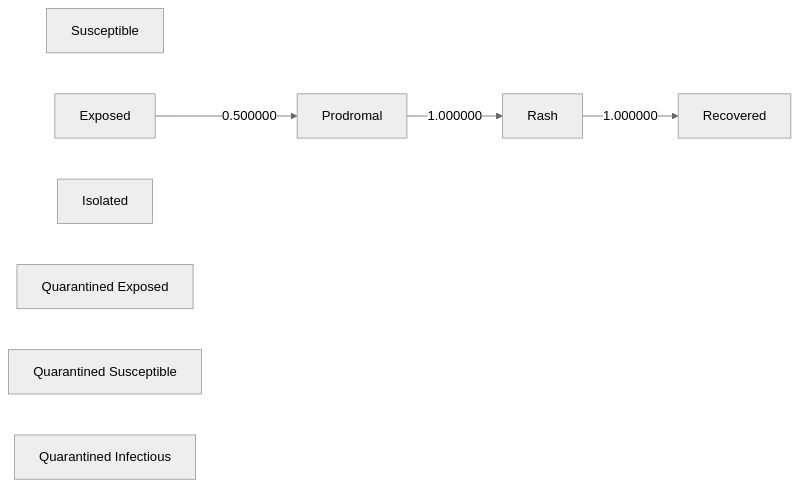
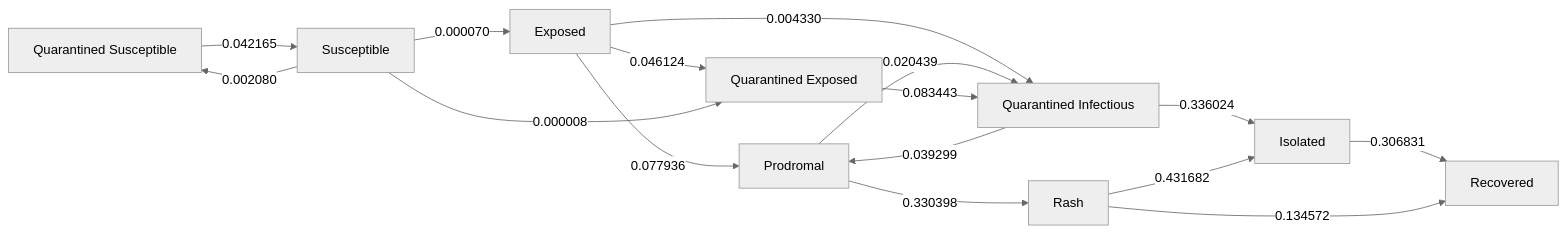
One commit to EpiForeSITE/epiworld-measles changed the diagram in school_quarantine/new_bridge_88_npi.md. Above: the diagram before and after it, drawn with Mermaid (neutral theme). The commit also changed other lines of this file and 10 other files, not shown here.

Commit message:
New version of epiworld: draws diagrams f(all simulations)

````diff
--- a/school_quarantine/new_bridge_88_npi.md
+++ b/school_quarantine/new_bridge_88_npi.md
@@ -138,16 +138,28 @@
 ``` mermaid
 flowchart LR
-    s0[Susceptible]
-    s1[Exposed]
+    s0[Exposed]
+    s1[Isolated]
     s2[Prodromal]
-    s3[Rash]
-    s4[Isolated]
-    s5[Quarantined Exposed]
-    s6[Quarantined Susceptible]
-    s7[Quarantined Infectious]
-    s8[Recovered]
-    s1 -->|0.500000| s2
-    s2 -->|1.000000| s3
-    s3 -->|1.000000| s8
+    s3[Quarantined Exposed]
+    s4[Quarantined Infectious]
+    s5[Quarantined Susceptible]
+    s6[Rash]
+    s7[Recovered]
+    s8[Susceptible]
+    s0 -->|0.077936| s2
+    s0 -->|0.046124| s3
+    s0 -->|0.004330| s4
+    s1 -->|0.306831| s7
+    s2 -->|0.020439| s4
+    s2 -->|0.330398| s6
+    s3 -->|0.083443| s4
+    s4 -->|0.336024| s1
+    s4 -->|0.039299| s2
+    s5 -->|0.042165| s8
+    s6 -->|0.431682| s1
+    s6 -->|0.134572| s7
+    s8 -->|0.000070| s0
+    s8 -->|0.000008| s3
+    s8 -->|0.002080| s5
 
 ```
````
